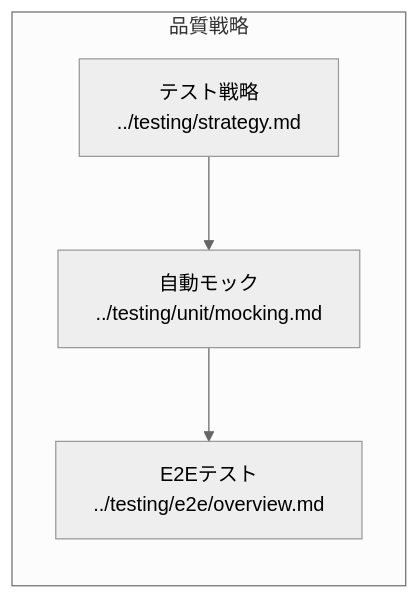
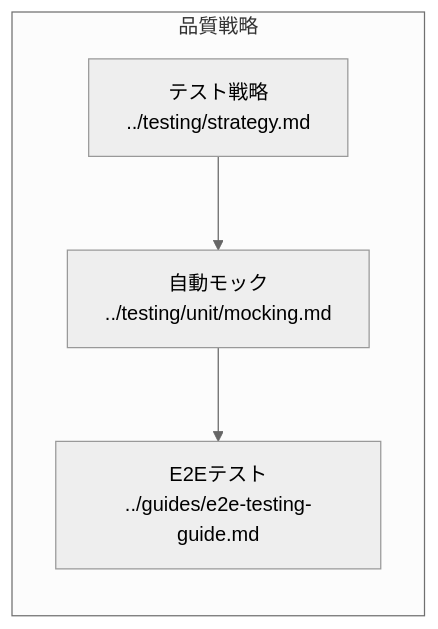
Before and after one commit to derushio/d-next-ddd-example: diagram 18 of 18 in _DOCS/architecture/overview.md, drawn with Mermaid (neutral theme). The commit also changed other lines of this file and 102 other files, not shown here.

````diff
--- a/_DOCS/architecture/overview.md
+++ b/_DOCS/architecture/overview.md
@@ -573,7 +572,7 @@
 ```mermaid
 graph LR
     subgraph "品質戦略"
         F1[テスト戦略<br/>../testing/strategy.md] --> F2[自動モック<br/>../testing/unit/mocking.md]
-        F2 --> F3[E2Eテスト<br/>../testing/e2e/overview.md]
+        F2 --> F3[E2Eテスト<br/>../guides/e2e-testing-guide.md]
     end
 ```
````
